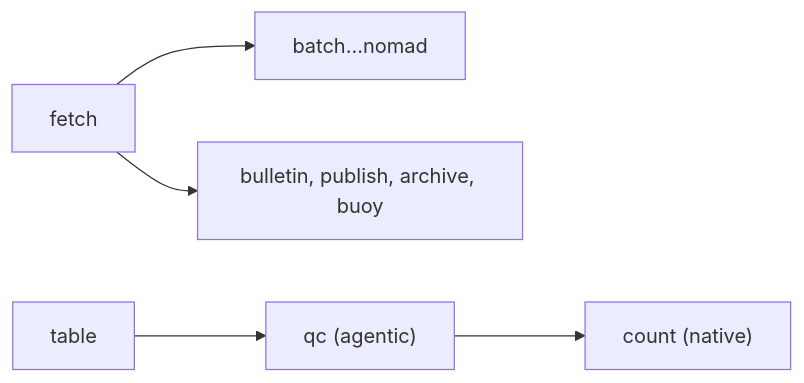
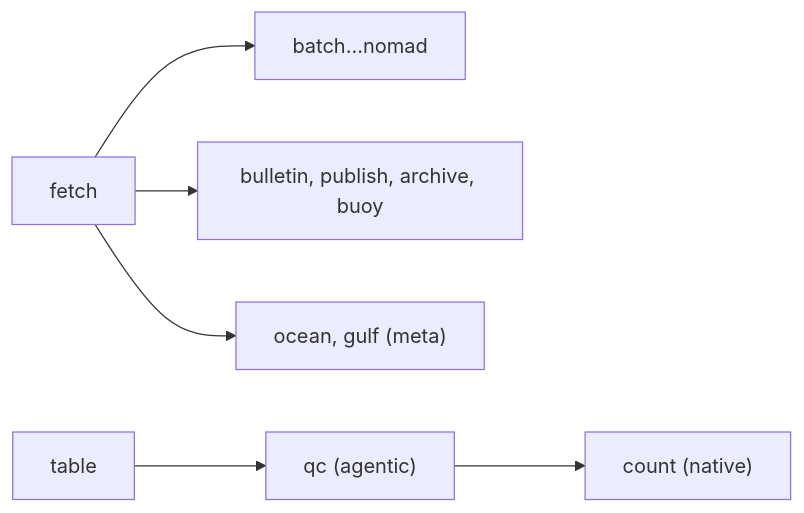
One commit to DagOnStar/DAGonStar-in-Practice changed the diagram in en/notes/48-Capstone.md. Above: the diagram before and after it, drawn with Mermaid. The commit also changed other lines of this file and 62 other files, not shown here.

````diff
--- a/en/notes/48-Capstone.md
+++ b/en/notes/48-Capstone.md
@@ -43,13 +43,15 @@
 ```mermaid
 flowchart LR
   f["fetch"]
   t["table"]
   b["batch...nomad"]
   l["bulletin, publish, archive, buoy"]
+  m["ocean, gulf (meta)"]
   q["qc (agentic)"]
   n["count (native)"]
   f --> b
   f --> l
+  f --> m
   t --> q
   q --> n
 ```
````
